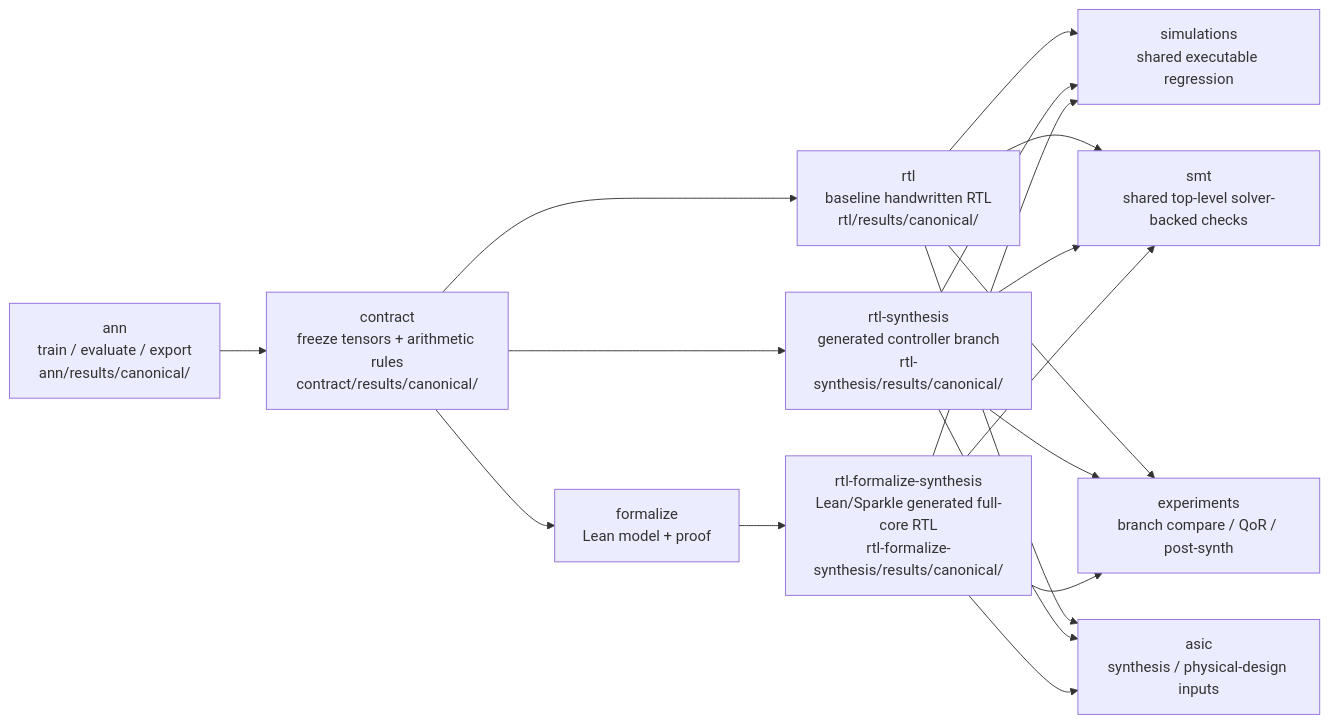
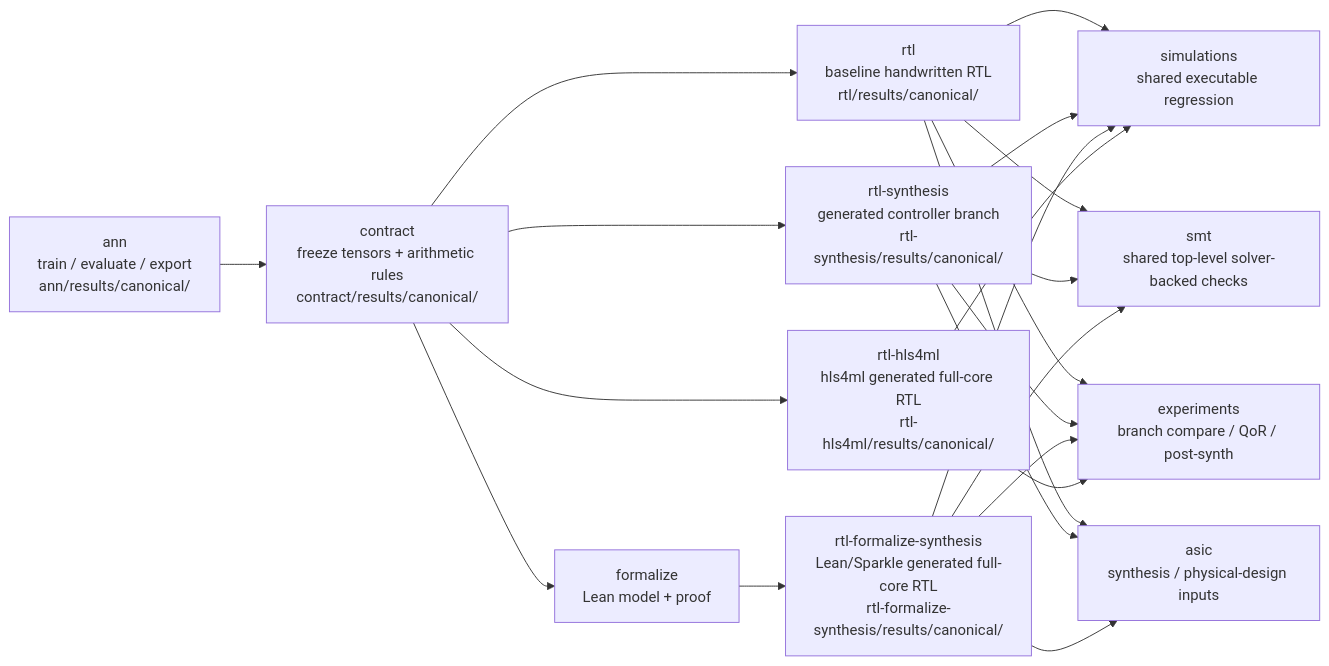
Before and after one commit to dfdgsdfg/ann-rtl-lean-poc: the diagram in README.md, drawn with Mermaid. The commit also changed other lines of this file and 29 other files, not shown here.

First line of the commit message:
Add rtl-hls4ml as fourth RTL implementation branch with SMT verification

````diff
--- a/README.md
+++ b/README.md
@@ -52,25 +52,28 @@
 ```mermaid
 flowchart LR
   ann["ann<br/>train / evaluate / export<br/>ann/results/canonical/"] --> contract["contract<br/>freeze tensors + arithmetic rules<br/>contract/results/canonical/"]
 
   contract --> rtl["rtl<br/>baseline handwritten RTL<br/>rtl/results/canonical/"]
   contract --> rtlsynth["rtl-synthesis<br/>generated controller branch<br/>rtl-synthesis/results/canonical/"]
   contract --> formalize["formalize<br/>Lean model + proof"]
   formalize --> sparkle["rtl-formalize-synthesis<br/>Lean/Sparkle generated full-core RTL<br/>rtl-formalize-synthesis/results/canonical/"]
+  contract --> hls4ml["rtl-hls4ml<br/>hls4ml generated full-core RTL<br/>rtl-hls4ml/results/canonical/"]
 
   rtl --> sim["simulations<br/>shared executable regression"]
   rtlsynth --> sim
   sparkle --> sim
+  hls4ml --> sim
 
   rtl --> smt["smt<br/>shared top-level solver-backed checks"]
   rtlsynth --> smt
   sparkle --> smt
 
   rtl --> experiments["experiments<br/>branch compare / QoR / post-synth"]
   rtlsynth --> experiments
   sparkle --> experiments
+  hls4ml --> experiments
 
   rtl --> asic["asic<br/>synthesis / physical-design inputs"]
   rtlsynth --> asic
   sparkle --> asic
 ```
````
